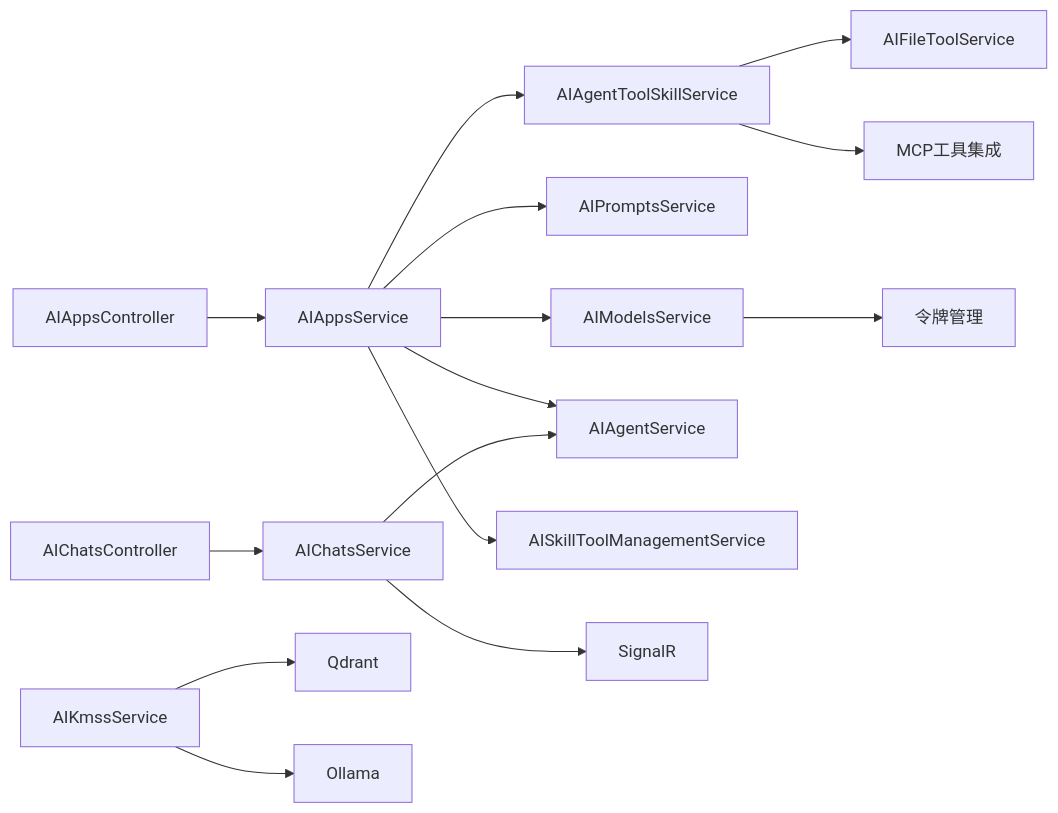
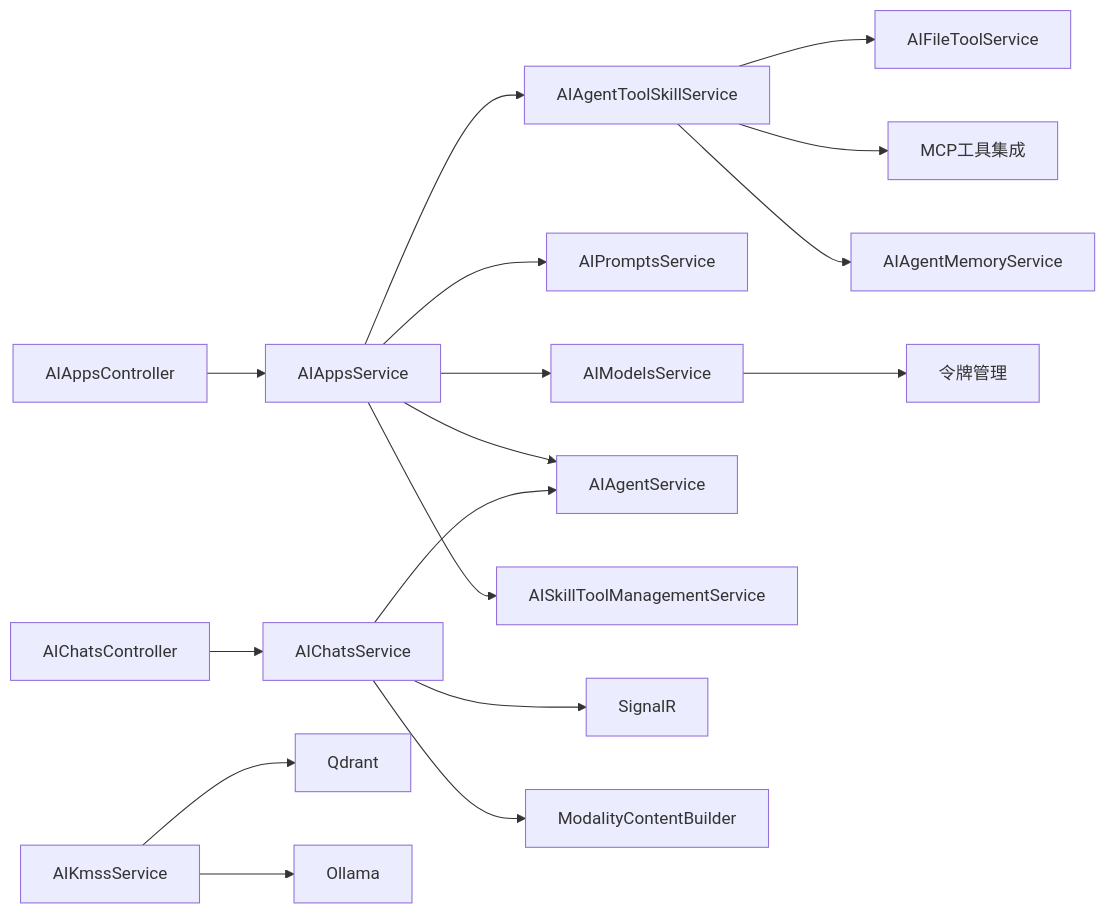
Before and after one commit to junkai-li/NetCoreKevin: diagram 13 of 13 in .qoder/repowiki/zh/content/核心模块/AI智能助手/AI智能助手.md, drawn with Mermaid. The commit also changed other lines of this file and 54 other files, not shown here.

````diff
--- a/.qoder/repowiki/zh/content/核心模块/AI智能助手/AI智能助手.md
+++ b/.qoder/repowiki/zh/content/核心模块/AI智能助手/AI智能助手.md
@@ -533,17 +639,19 @@
 ```mermaid
 graph LR
 CtrlApps["AIAppsController"] --> SvcApps["AIAppsService"]
 CtrlChats["AIChatsController"] --> SvcChats["AIChatsService"]
 SvcApps --> ToolSvc["AIAgentToolSkillService"]
 SvcApps --> PromptSvc["AIPromptsService"]
 SvcApps --> ModelSvc["AIModelsService"]
 SvcApps --> AgentSvc["AIAgentService"]
 SvcChats --> AgentSvc
 SvcApps --> SkillMgr["AISkillToolManagementService"]
 SvcChats --> SignalR["SignalR"]
 SvcKms["AIKmssService"] --> Qdrant["Qdrant"]
 SvcKms --> Ollama["Ollama"]
 ToolSvc --> FileSvc["AIFileToolService"]
 ToolSvc --> MCP["MCP工具集成"]
+ToolSvc --> MemorySvc["AIAgentMemoryService"]
+SvcChats --> Modality["ModalityContentBuilder"]
 ModelSvc --> Tokens["令牌管理"]
 ```
````
